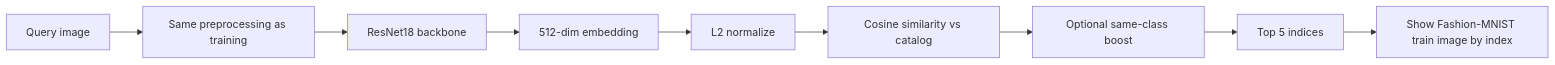
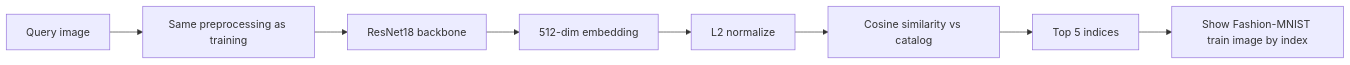
Before and after one commit to sumathis15/Recommendation_Engine: the third of 7 diagrams in Image Recommendation Guide.md, drawn with Mermaid. The commit also changed other lines of this file and 3 other files, not shown here.

First line of the commit message:
Remove same-category boost so recommendations use pure visual similarity only.

````diff
--- a/Image Recommendation Guide.md
+++ b/Image Recommendation Guide.md
@@ -174,11 +174,10 @@
 ```mermaid
 flowchart LR
     A[Query image] --> B[Same preprocessing as training]
     B --> C[ResNet18 backbone]
     C --> D[512-dim embedding]
     D --> E[L2 normalize]
     E --> F[Cosine similarity vs catalog]
-    F --> G[Optional same-class boost]
-    G --> H[Top 5 indices]
-    H --> I[Show Fashion-MNIST train image by index]
+    F --> G[Top 5 indices]
+    G --> H[Show Fashion-MNIST train image by index]
 ```
````
